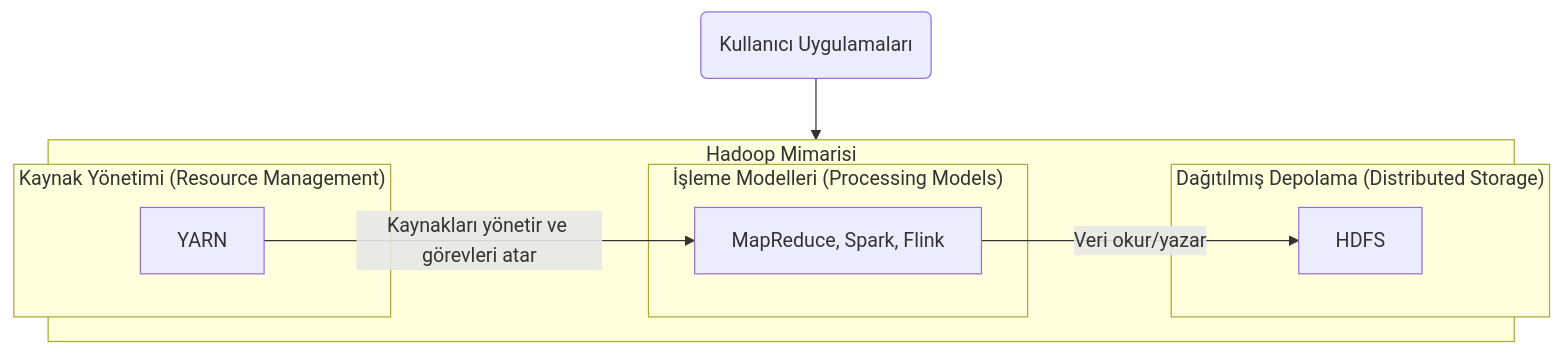
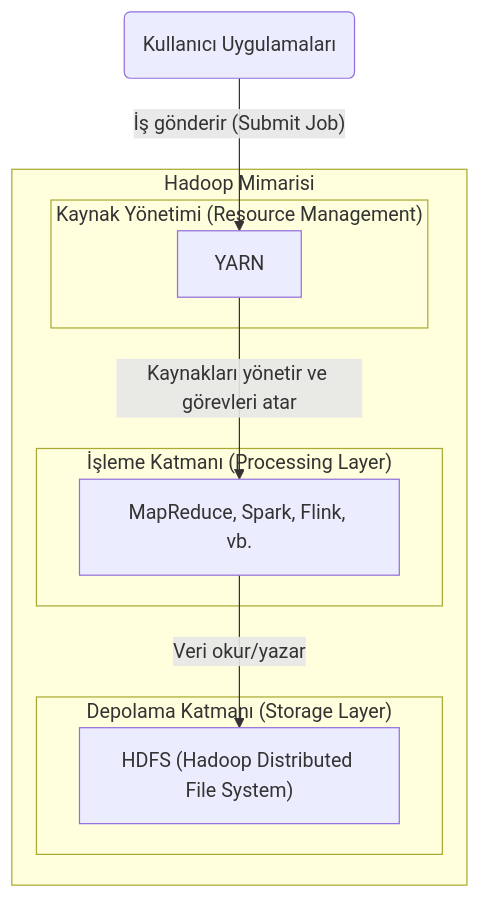
The diagram in ders_notu.md (erkanozhan/mining-and-big_data), drawn with Mermaid before and after one commit.

````diff
--- a/ders_notu.md
+++ b/ders_notu.md
@@ -80,19 +79,22 @@
 ```mermaid
 graph TD
     subgraph "Hadoop Mimarisi"
-        direction LR
-        subgraph "İşleme Modelleri (Processing Models)"
-            Processing["MapReduce, Spark, Flink"]
+        
+        subgraph "İşleme Katmanı (Processing Layer)"
+            Processing["MapReduce, Spark, Flink, vb."]
         end
+        
         subgraph "Kaynak Yönetimi (Resource Management)"
-            YARN
+            YARN["YARN"]
         end
-        subgraph "Dağıtılmış Depolama (Distributed Storage)"
-            HDFS
+        
+        subgraph "Depolama Katmanı (Storage Layer)"
+            HDFS["HDFS (Hadoop Distributed File System)"]
         end
+
+        YARN -- "Kaynakları yönetir ve görevleri atar" --> Processing
+        Processing -- "Veri okur/yazar" --> HDFS
     end
 
-    Kullanıcı_Uygulamaları(Kullanıcı Uygulamaları) --> YARN
-    YARN -- "Kaynakları yönetir ve görevleri atar" --> Processing
-    Processing -- "Veri okur/yazar" --> HDFS
+    Kullanıcı_Uygulamaları(Kullanıcı Uygulamaları) -- "İş gönderir (Submit Job)" --> YARN
 ```
````
